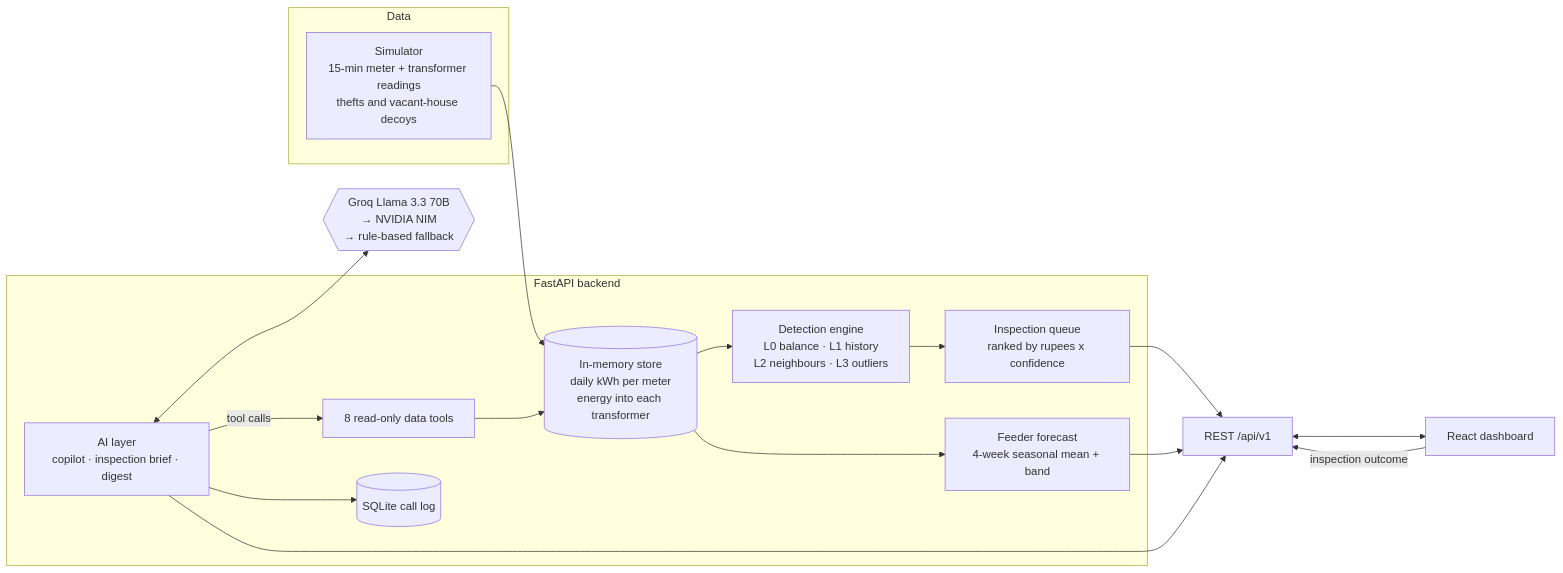
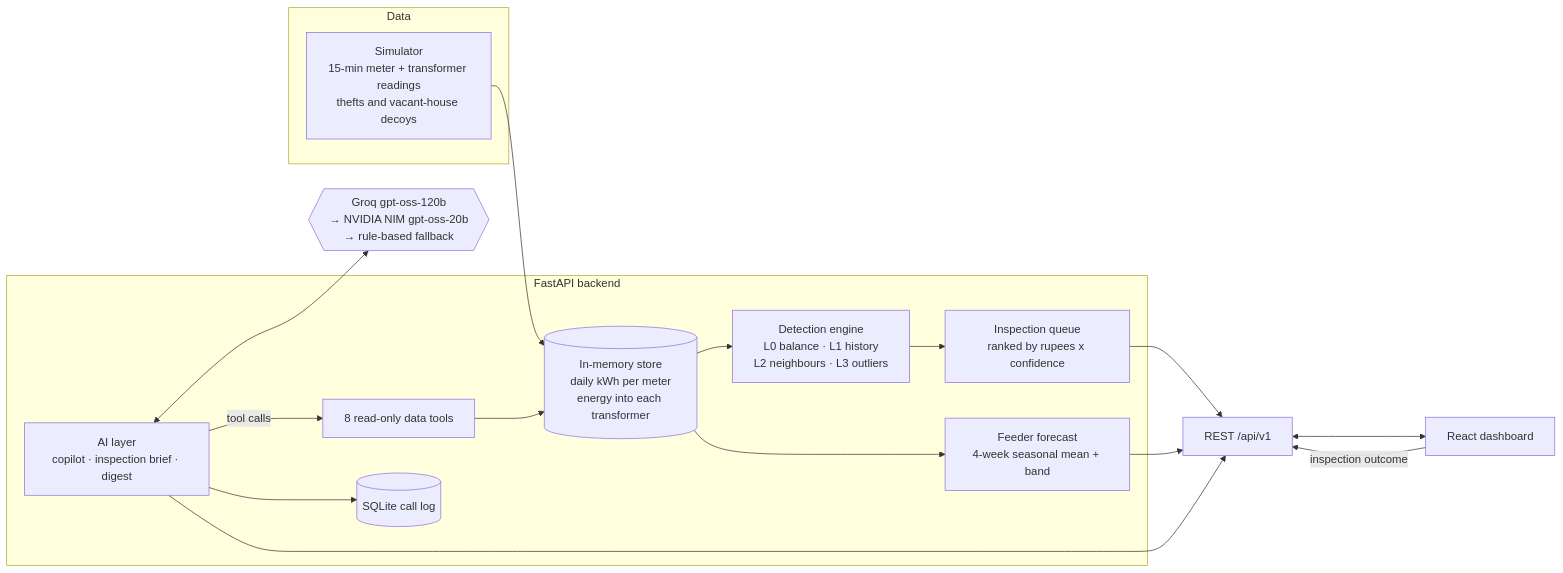
One commit to Asha0509/VidyutDrishti changed the fifth of 6 diagrams in README.md. Above: the diagram before and after it, drawn with Mermaid. The commit also changed other lines of this file and 1 other file, not shown here.

````diff
--- a/README.md
+++ b/README.md
@@ -241,27 +247,27 @@
 ```mermaid
 flowchart LR
     subgraph Data
         SIM["Simulator<br/>15-min meter + transformer readings<br/>thefts and vacant-house decoys"]
     end
     subgraph Backend["FastAPI backend"]
         STORE[("In-memory store<br/>daily kWh per meter<br/>energy into each transformer")]
         DET["Detection engine<br/>L0 balance · L1 history<br/>L2 neighbours · L3 outliers"]
         Q["Inspection queue<br/>ranked by rupees x confidence"]
         FC["Feeder forecast<br/>4-week seasonal mean + band"]
         AI["AI layer<br/>copilot · inspection brief · digest"]
         TOOLS["8 read-only data tools"]
         OBS[("SQLite call log")]
     end
-    LLM{{"Groq Llama 3.3 70B<br/>→ NVIDIA NIM<br/>→ rule-based fallback"}}
+    LLM{{"Groq gpt-oss-120b<br/>→ NVIDIA NIM gpt-oss-20b<br/>→ rule-based fallback"}}
     UI["React dashboard"]
 
     SIM --> STORE
     STORE --> DET --> Q
     STORE --> FC
     AI -- "tool calls" --> TOOLS --> STORE
     AI <--> LLM
     AI --> OBS
     Q & FC & AI --> API["REST /api/v1"]
     API <--> UI
     UI -- "inspection outcome" --> API
 ```
````
